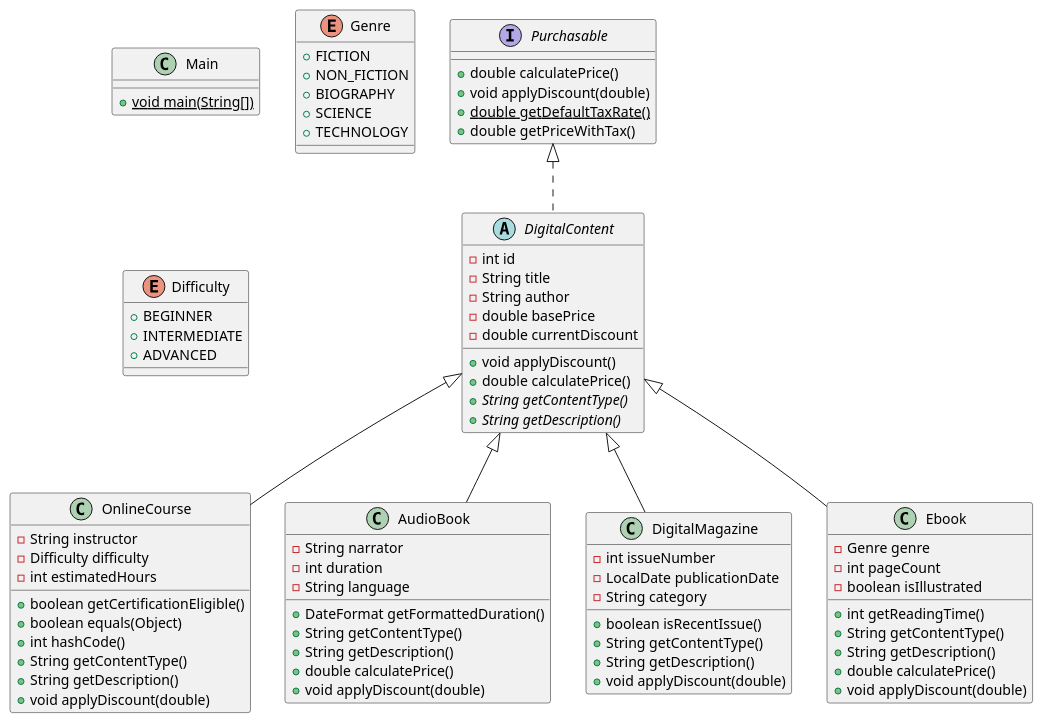
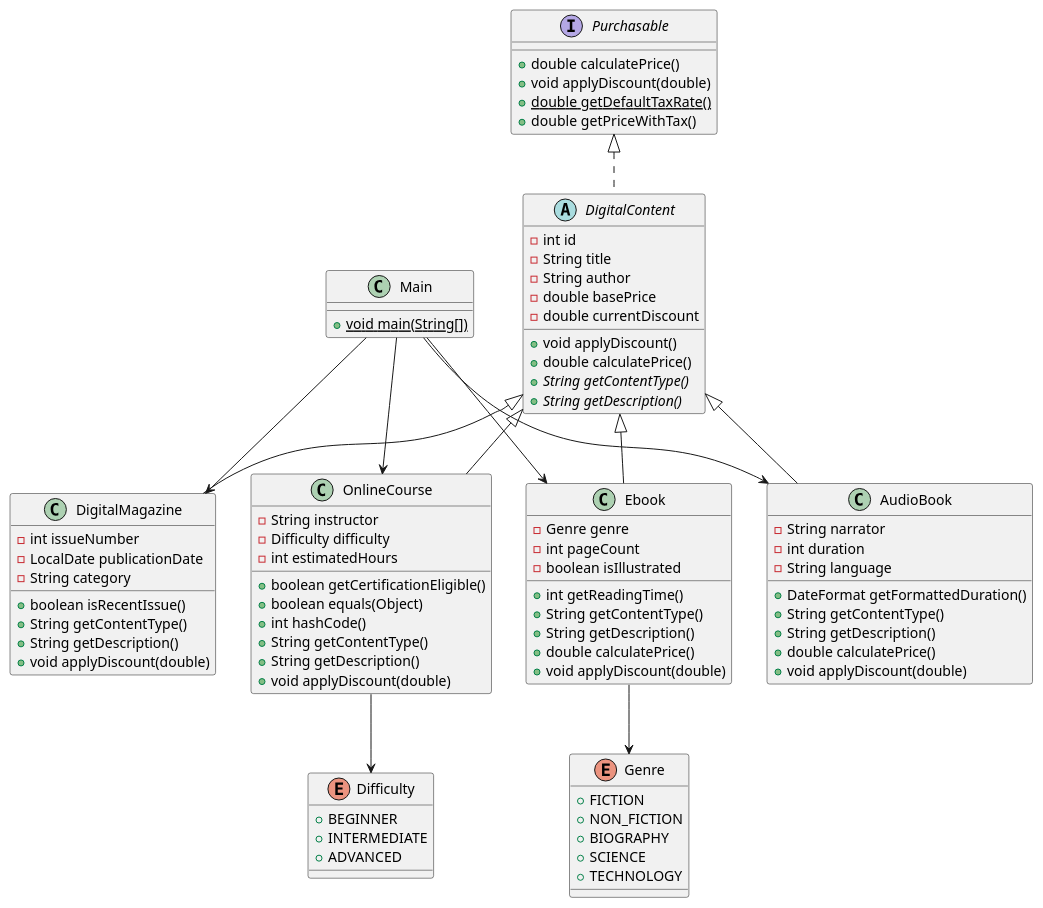
Before and after one commit to armircetaj/M226B: the diagram in Libreria/uml.puml, drawn with PlantUML. The commit also changed 1 other file, not shown here.

```diff
--- a/Libreria/uml.puml
+++ b/Libreria/uml.puml
@@ -1,95 +1,100 @@
 @startuml
 interface Purchasable {
 + double calculatePrice()
 + void applyDiscount(double)
 + {static} double getDefaultTaxRate()
 + double getPriceWithTax()
 }
 
 class Main {
 + {static} void main(String[])
 }
 
 class OnlineCourse {
 - String instructor
 - Difficulty difficulty
 - int estimatedHours
 + boolean getCertificationEligible()
 + boolean equals(Object)
 + int hashCode()
 + String getContentType()
 + String getDescription()
 + void applyDiscount(double)
 }
 
 
 class AudioBook {
 - String narrator
 - int duration
 - String language
 + DateFormat getFormattedDuration()
 + String getContentType()
 + String getDescription()
 + double calculatePrice()
 + void applyDiscount(double)
 }
 
 
 abstract class DigitalContent {
 - int id
 - String title
 - String author
 - double basePrice
 - double currentDiscount
 + void applyDiscount()
 + double calculatePrice()
 + {abstract}String getContentType()
 + {abstract}String getDescription()
 }
 
 
 enum Genre {
 +  FICTION
 +  NON_FICTION
 +  BIOGRAPHY
 +  SCIENCE
 +  TECHNOLOGY
 }
 
 class DigitalMagazine {
 - int issueNumber
 - LocalDate publicationDate
 - String category
 + boolean isRecentIssue()
 + String getContentType()
 + String getDescription()
 + void applyDiscount(double)
 }
 
 
 enum Difficulty {
 +  BEGINNER
 +  INTERMEDIATE
 +  ADVANCED
 }
 
 class Ebook {
 - Genre genre
 - int pageCount
 - boolean isIllustrated
 + int getReadingTime()
 + String getContentType()
 + String getDescription()
 + double calculatePrice()
 + void applyDiscount(double)
 }
 
 
 
-
+Main --> OnlineCourse
+Main --> AudioBook
+Main --> Ebook
+Main --> DigitalMagazine
+Ebook --> Genre
+OnlineCourse --> Difficulty
 DigitalContent <|-- OnlineCourse
 DigitalContent <|-- AudioBook
 Purchasable <|.. DigitalContent
 DigitalContent <|-- DigitalMagazine
 DigitalContent <|-- Ebook
 @enduml
```
